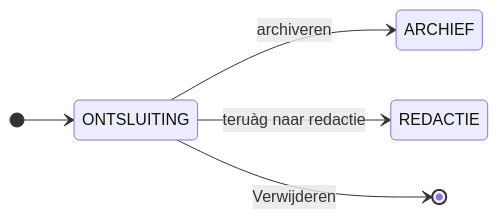
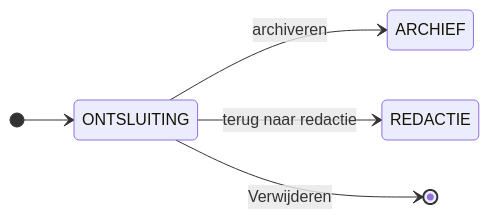
The fifth of 6 diagrams in docs/artikelen/levenscyclus.md (vl-wbk/documentatie-portaal), drawn with Mermaid before and after one commit. The commit also changed other lines of this file, not shown here.

````diff
--- a/docs/artikelen/levenscyclus.md
+++ b/docs/artikelen/levenscyclus.md
@@ -133,8 +133,8 @@
 ```mermaid 
 stateDiagram-v2
     direction LR
     [*] --> ONTSLUITING
     ONTSLUITING --> ARCHIEF: archiveren 
-    ONTSLUITING --> REDACTIE: teruàg naar redactie
+    ONTSLUITING --> REDACTIE: terug naar redactie
     ONTSLUITING --> [*]: Verwijderen
 ```
````
